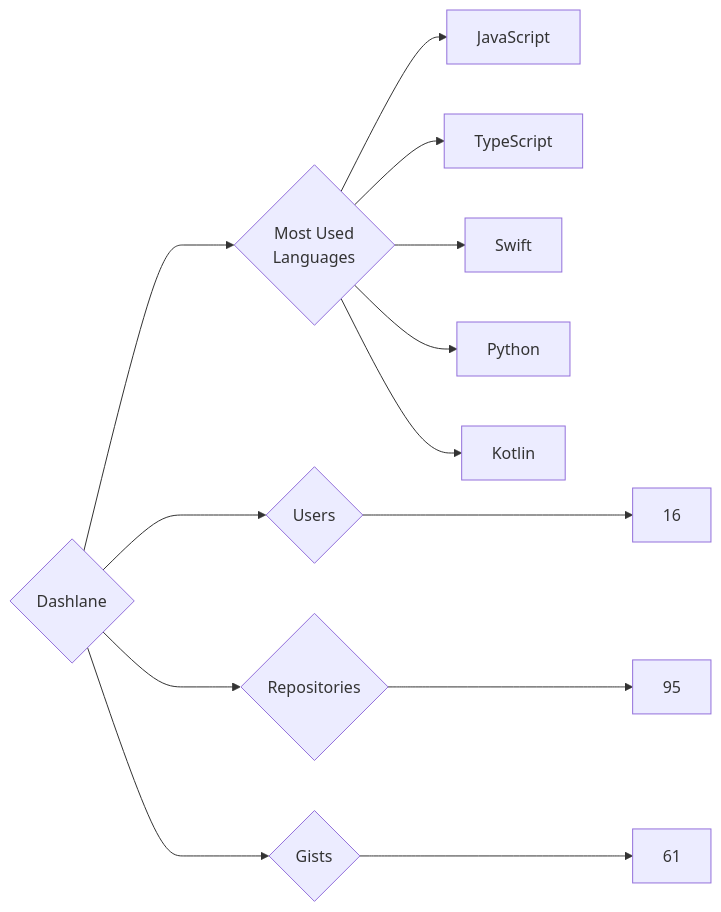
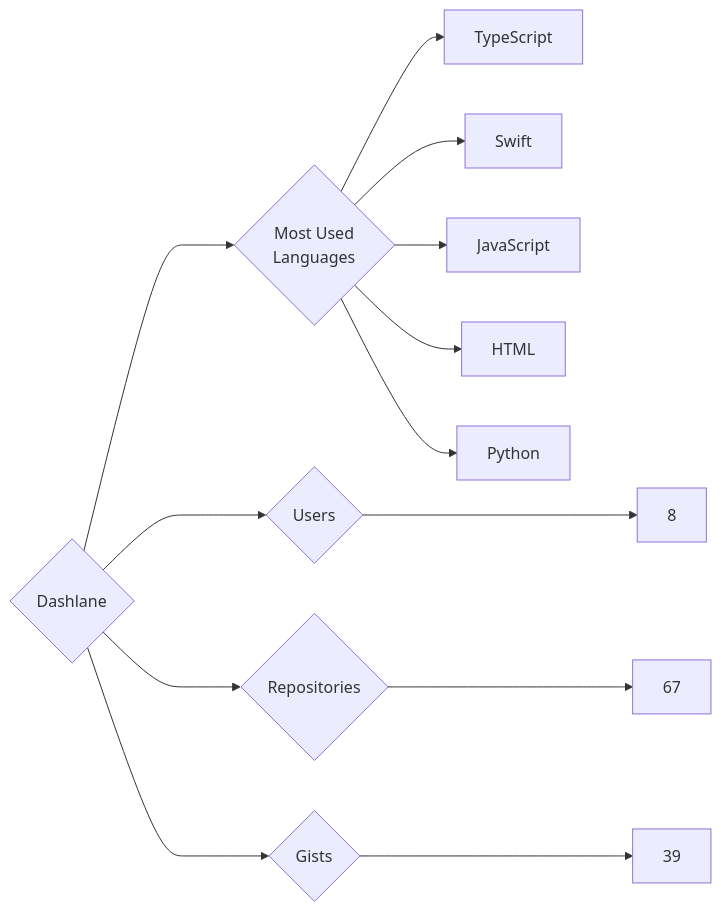
One commit to trickest/insiders changed the diagram in targets/Dashlane/README.md. Above: the diagram before and after it, drawn with Mermaid. The commit also changed 860 other files, not shown here.

````diff
--- a/targets/Dashlane/README.md
+++ b/targets/Dashlane/README.md
@@ -3,13 +3,13 @@
 ```mermaid
 graph LR
 COMPANY_NAME{Dashlane}
-COMPANY_NAME ---> U{Users} ---> UN[16]
-COMPANY_NAME ---> R{Repositories} ---> RN[95]
-COMPANY_NAME ---> G{Gists} ---> GN[61]
+COMPANY_NAME ---> U{Users} ---> UN[8]
+COMPANY_NAME ---> R{Repositories} ---> RN[67]
+COMPANY_NAME ---> G{Gists} ---> GN[39]
 COMPANY_NAME ---> ML{Most Used<br>Languages}
-ML --> JavaScript[JavaScript]
 ML --> TypeScript[TypeScript]
 ML --> Swift[Swift]
+ML --> JavaScript[JavaScript]
+ML --> HTML[HTML]
 ML --> Python[Python]
-ML --> Kotlin[Kotlin]
 ```
````
